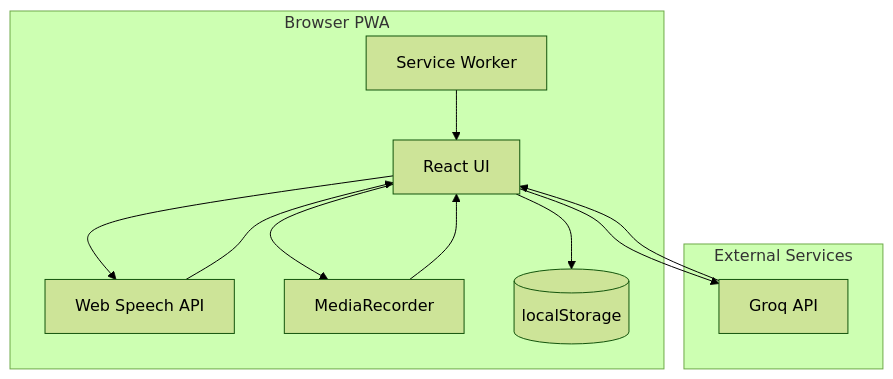
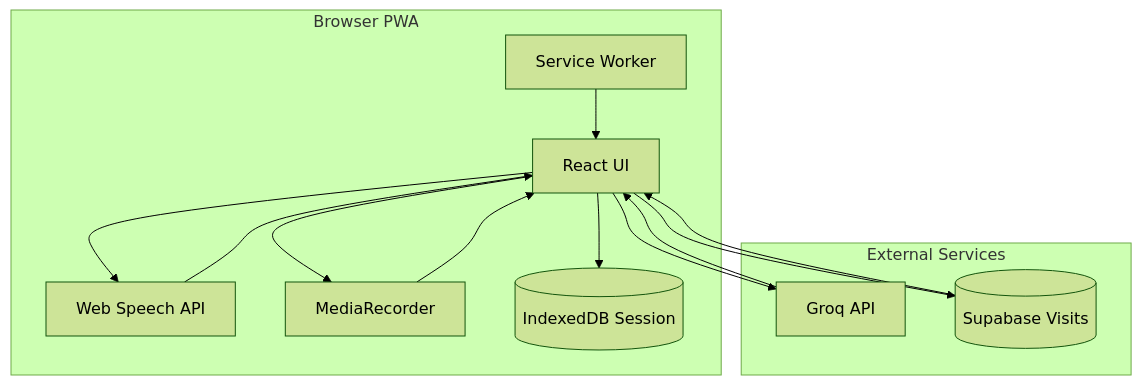
One commit to Rahul-sch/VetTriage changed the first of 4 diagrams in README.md. Above: the diagram before and after it, drawn with Mermaid (forest theme). The commit also changed other lines of this file and 1 other file, not shown here.

First line of the commit message:
Update README with owner platform, visit system, and Supabase integration

````diff
--- a/README.md
+++ b/README.md
@@ -81,23 +110,26 @@
 ```mermaid
 flowchart TB
     subgraph client [Browser PWA]
         UI[React UI]
         WSA[Web Speech API]
         MR[MediaRecorder]
         SW[Service Worker]
-        IDB[(localStorage)]
+        IDB[(IndexedDB Session)]
     end
 
     subgraph external [External Services]
         Groq[Groq API]
+        Supabase[(Supabase Visits)]
     end
 
     UI --> WSA
     UI --> MR
     WSA --> UI
     MR --> UI
     UI --> Groq
     Groq --> UI
     SW --> UI
     UI --> IDB
+    UI --> Supabase
+    Supabase --> UI
 ```
````
